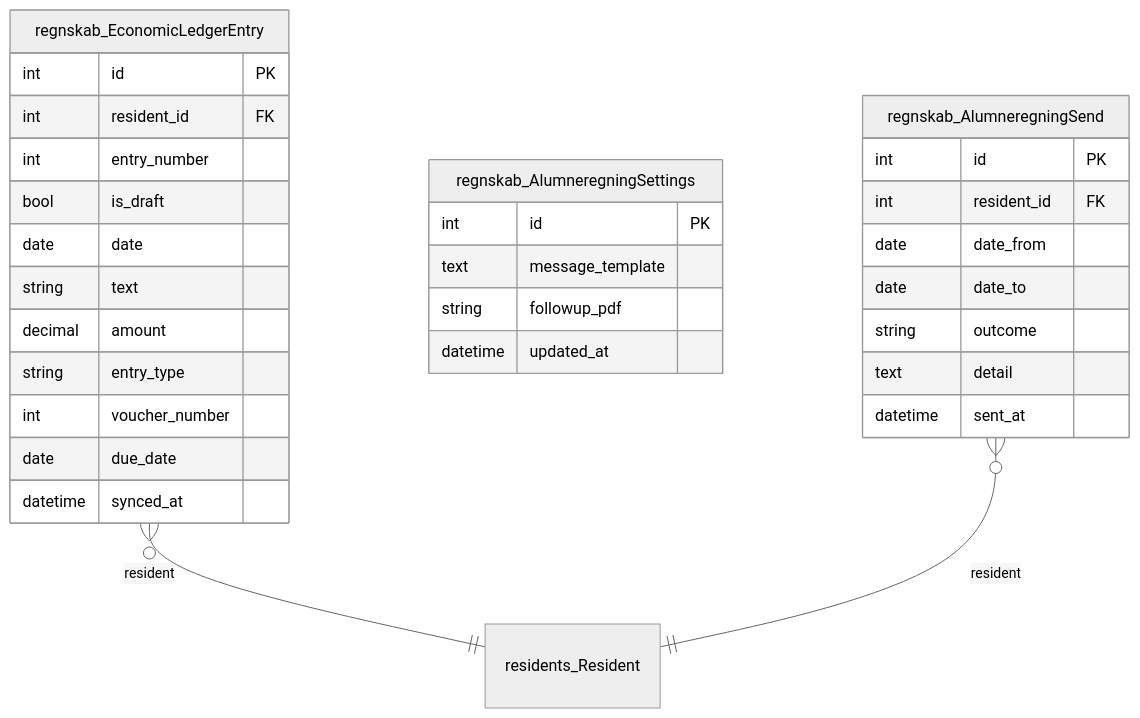
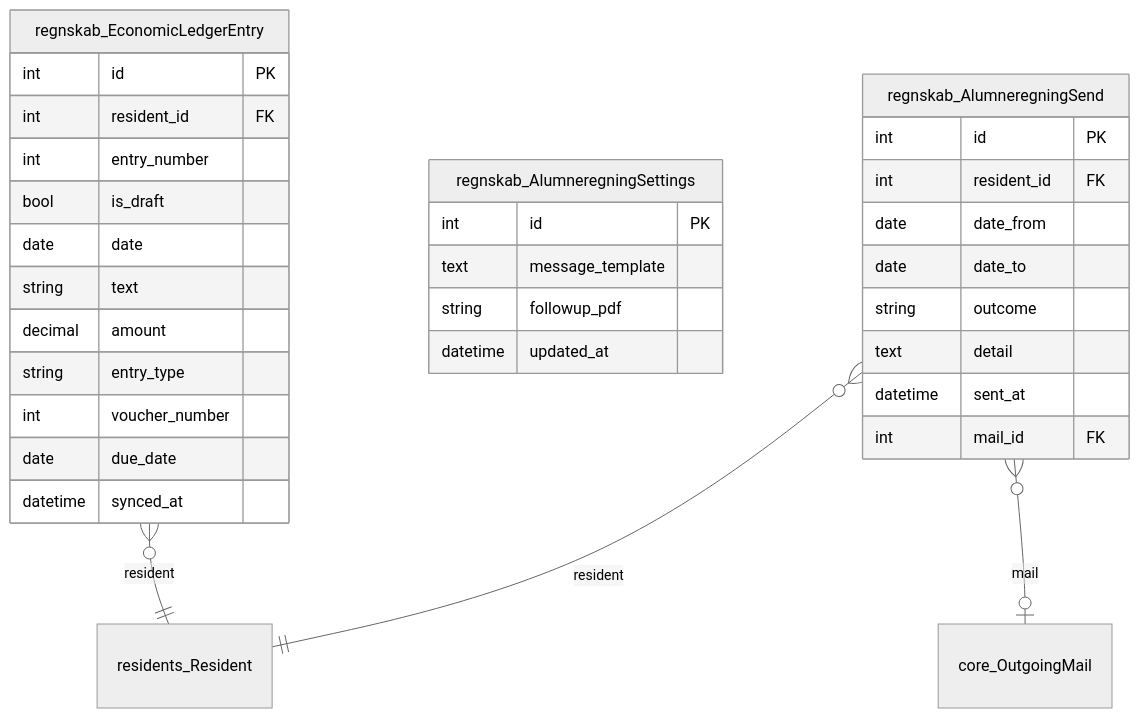
Diagram 14 of 18 in docs/erd.md (GAHK-org/gahk_intern), drawn with Mermaid (neutral theme) before and after one commit. The commit also changed other lines of this file and 32 other files, not shown here.

First line of the commit message:
Merge pull request #403 from GAHK-org/fix/alumneregning-send-robustness

````diff
--- a/docs/erd.md
+++ b/docs/erd.md
@@ -2102,38 +2147,42 @@
 ```mermaid
 erDiagram
     regnskab_EconomicLedgerEntry {
         int id PK
         int resident_id FK
         int entry_number
         bool is_draft
         date date
         string text
         decimal amount
         string entry_type
         int voucher_number
         date due_date
         datetime synced_at
     }
 
     regnskab_AlumneregningSettings {
         int id PK
         text message_template
         string followup_pdf
         datetime updated_at
     }
 
     regnskab_AlumneregningSend {
         int id PK
         int resident_id FK
         date date_from
         date date_to
         string outcome
         text detail
         datetime sent_at
+        int mail_id FK
     }
+
+    core_OutgoingMail { }
 
     residents_Resident { }
 
     regnskab_EconomicLedgerEntry }o--|| residents_Resident : "resident"
     regnskab_AlumneregningSend }o--|| residents_Resident : "resident"
+    regnskab_AlumneregningSend }o--|o core_OutgoingMail : "mail"
 ```
````
